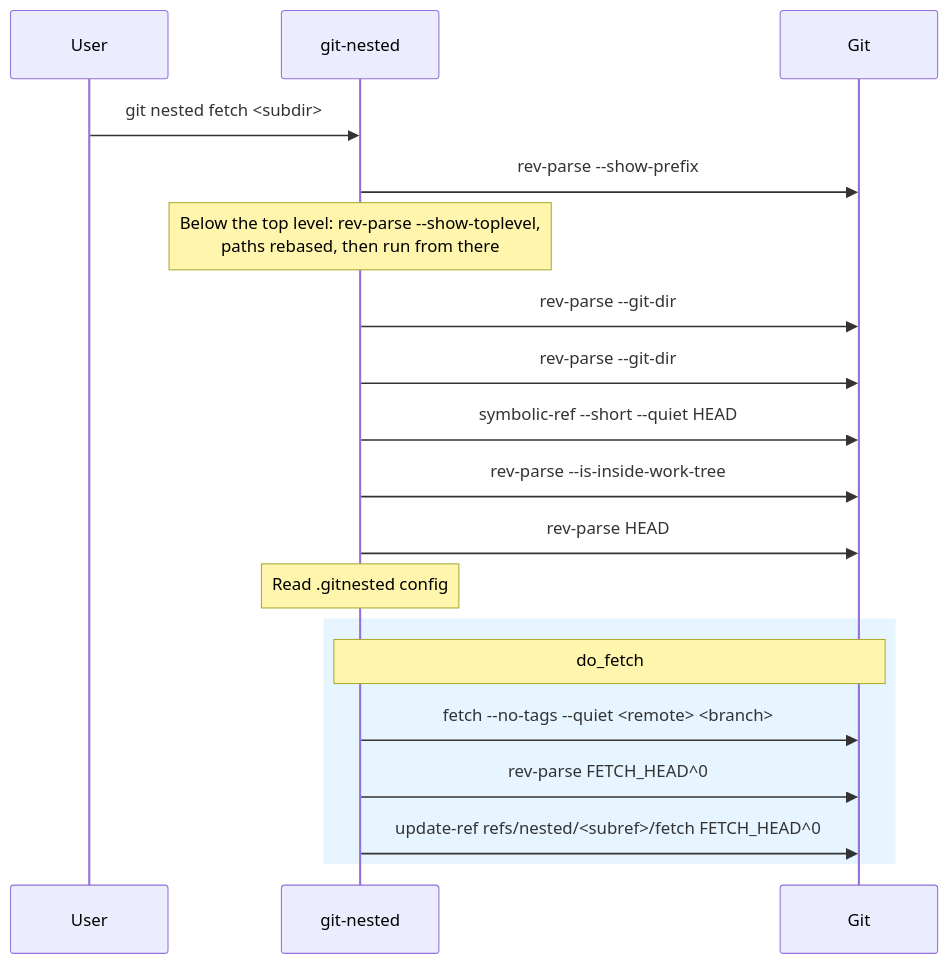
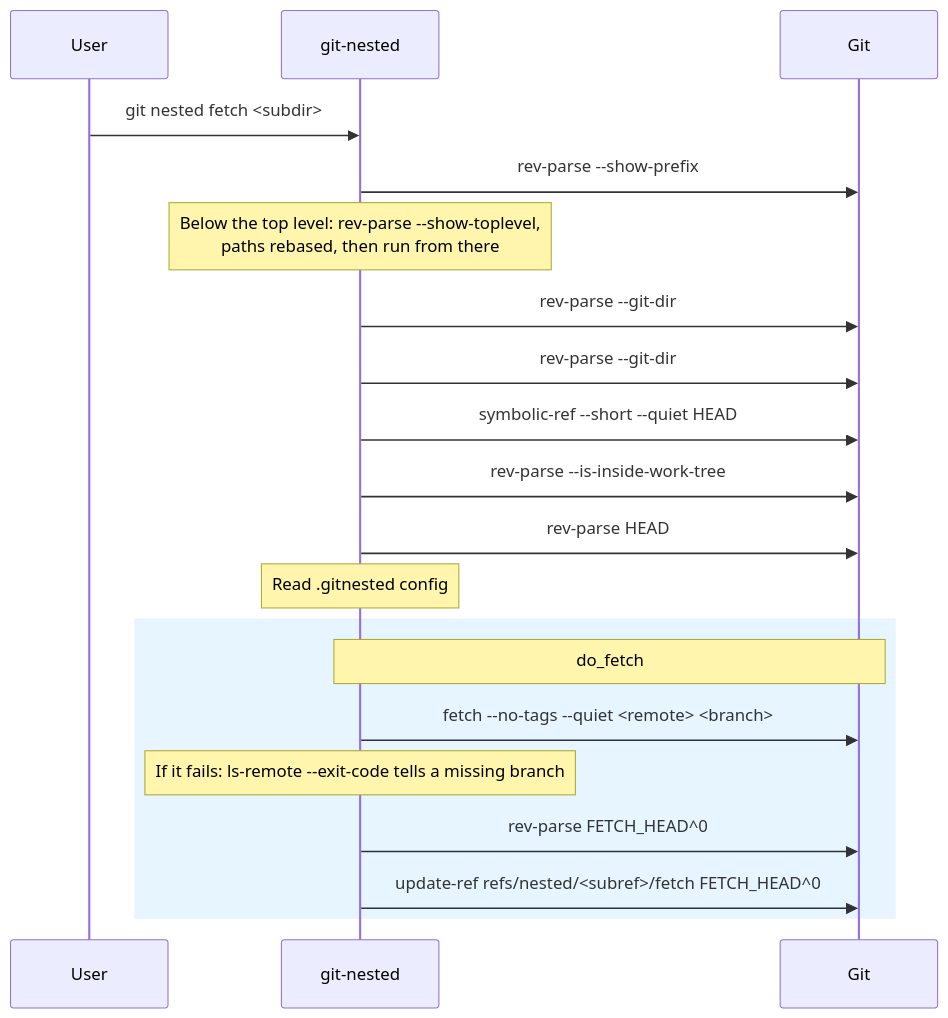
One commit to thorsten-klein/git-nested changed the third of 14 diagrams in docs/diagrams.md. Above: the diagram before and after it, drawn with Mermaid. The commit also changed other lines of this file and 4 other files, not shown here.

````diff
--- a/docs/diagrams.md
+++ b/docs/diagrams.md
@@ -129,23 +129,24 @@
 ```mermaid
 sequenceDiagram
     participant User
     participant git-nested
     participant Git
 
     User->>git-nested: git nested fetch <subdir>
     git-nested->>Git: rev-parse --show-prefix
     Note over git-nested: Below the top level: rev-parse --show-toplevel,<br/>paths rebased, then run from there
     git-nested->>Git: rev-parse --git-dir
     git-nested->>Git: rev-parse --git-dir
     git-nested->>Git: symbolic-ref --short --quiet HEAD
     git-nested->>Git: rev-parse --is-inside-work-tree
     git-nested->>Git: rev-parse HEAD
     Note over git-nested: Read .gitnested config
 
     rect rgb(230, 245, 255)
         Note over git-nested,Git: do_fetch
         git-nested->>Git: fetch --no-tags --quiet <remote> <branch>
+        Note over git-nested: If it fails: ls-remote --exit-code tells a missing branch
         git-nested->>Git: rev-parse FETCH_HEAD^0
         git-nested->>Git: update-ref refs/nested/<subref>/fetch FETCH_HEAD^0
     end
 ```
````
